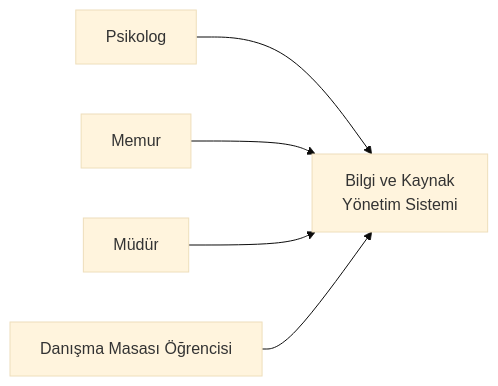
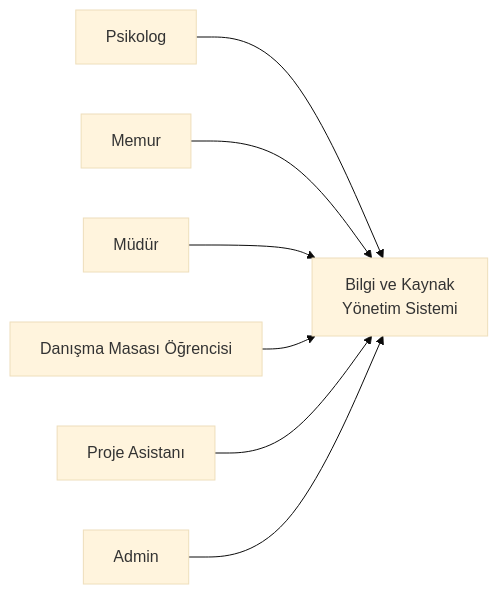
Before and after one commit to CihangirKaplan/Bilgi-Kaynak-Y-netim-Sistemi: the first of 2 diagrams in docs/architecture/D05_Architecture.md, drawn with Mermaid (base theme). The commit also changed other lines of this file, not shown here.

````diff
--- a/docs/architecture/D05_Architecture.md
+++ b/docs/architecture/D05_Architecture.md
@@ -138,13 +196,17 @@
-``` mermaid
+```mermaid
 flowchart LR
     P[Psikolog]
     M[Memur]
     MD[Müdür]
     DO[Danışma Masası Öğrencisi]
+    PA[Proje Asistanı]
+    A[Admin]
     SYS["Bilgi ve Kaynak<br/>Yönetim Sistemi"]
 
     P --> SYS
     M --> SYS
     MD --> SYS
     DO --> SYS
+    PA --> SYS
+    A --> SYS
 ```
````
